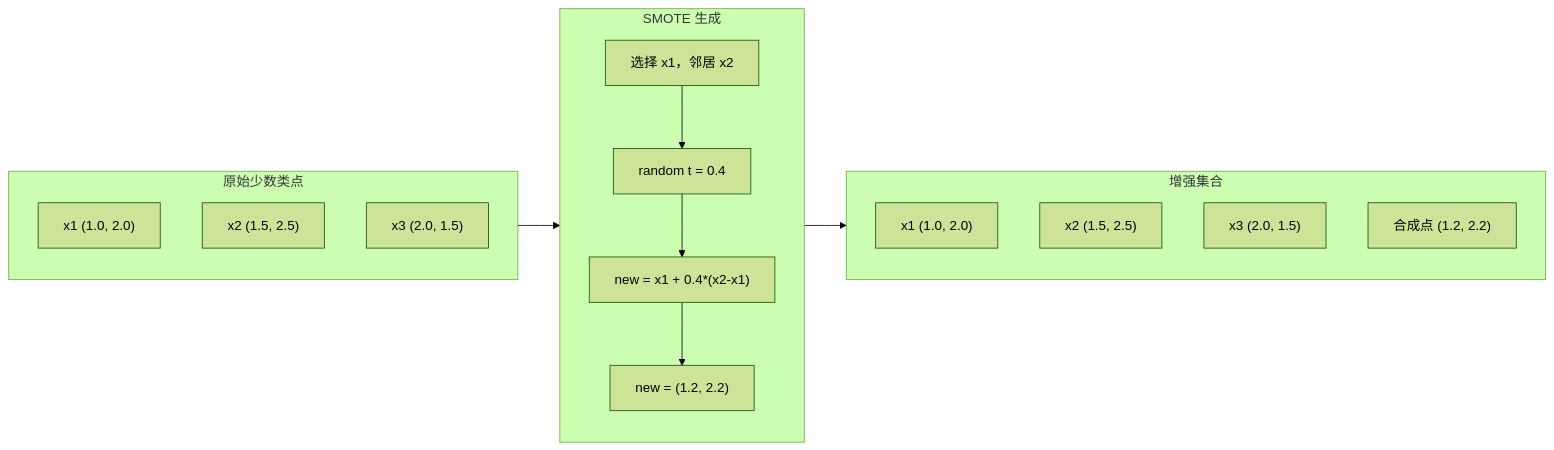
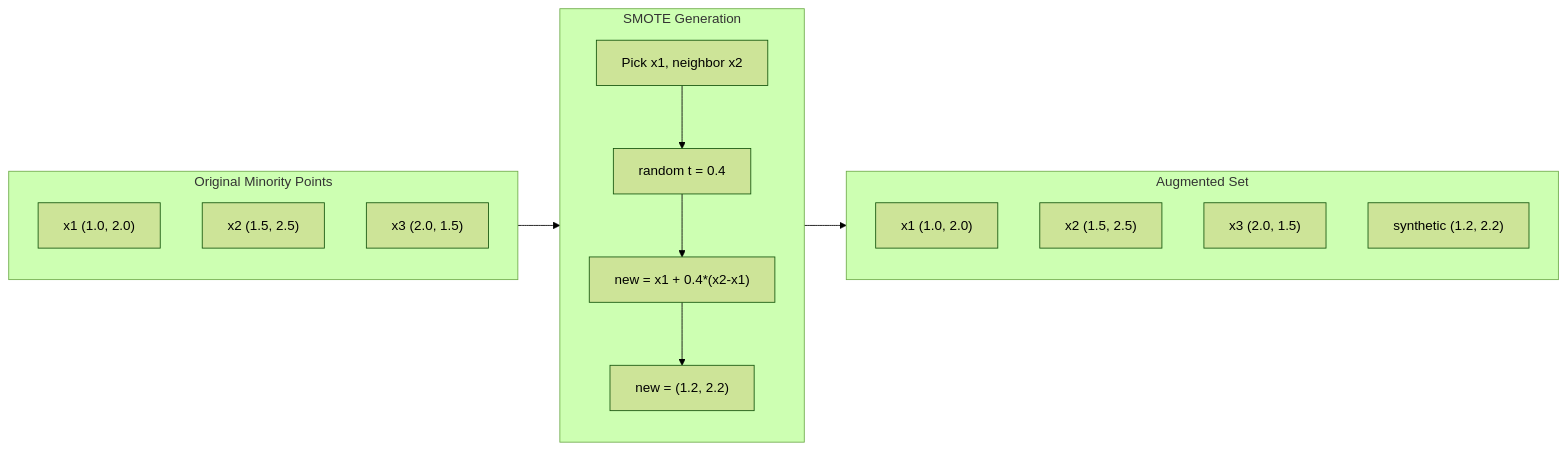
The second of 4 diagrams in i18n/zh/phases/02-ml-fundamentals/17-imbalanced-data/docs/zh.md (xiaojiaenen/ai-engineering-from-scratch-zh), drawn with Mermaid (forest theme) before and after one commit. The commit also changed other lines of this file and 18 other files, not shown here.

````diff
--- a/i18n/zh/phases/02-ml-fundamentals/17-imbalanced-data/docs/zh.md
+++ b/i18n/zh/phases/02-ml-fundamentals/17-imbalanced-data/docs/zh.md
@@ -90,24 +90,24 @@
 ```mermaid
 flowchart LR
-    subgraph 原始["原始少数类点"]
+    subgraph Original["Original Minority Points"]
         P1["x1 (1.0, 2.0)"]
         P2["x2 (1.5, 2.5)"]
         P3["x3 (2.0, 1.5)"]
     end
-    subgraph SMOTE["SMOTE 生成"]
+    subgraph SMOTE["SMOTE Generation"]
         direction TB
-        S1["选择 x1，邻居 x2"]
+        S1["Pick x1, neighbor x2"]
         S2["random t = 0.4"]
         S3["new = x1 + 0.4*(x2-x1)"]
         S4["new = (1.2, 2.2)"]
         S1 --> S2 --> S3 --> S4
     end
-    原始 --> SMOTE
-    subgraph 结果["增强集合"]
+    Original --> SMOTE
+    subgraph Result["Augmented Set"]
         R1["x1 (1.0, 2.0)"]
         R2["x2 (1.5, 2.5)"]
         R3["x3 (2.0, 1.5)"]
-        R4["合成点 (1.2, 2.2)"]
+        R4["synthetic (1.2, 2.2)"]
     end
-    SMOTE --> 结果
+    SMOTE --> Result
 ```
````
